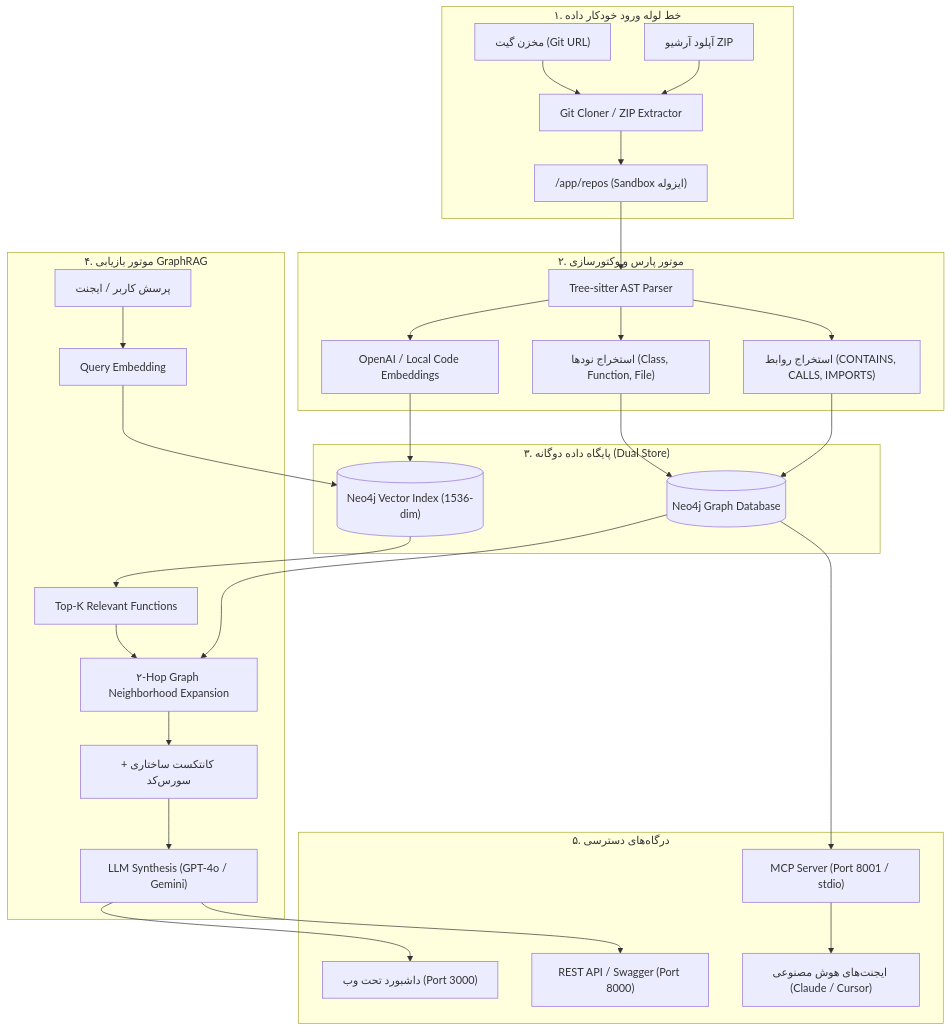
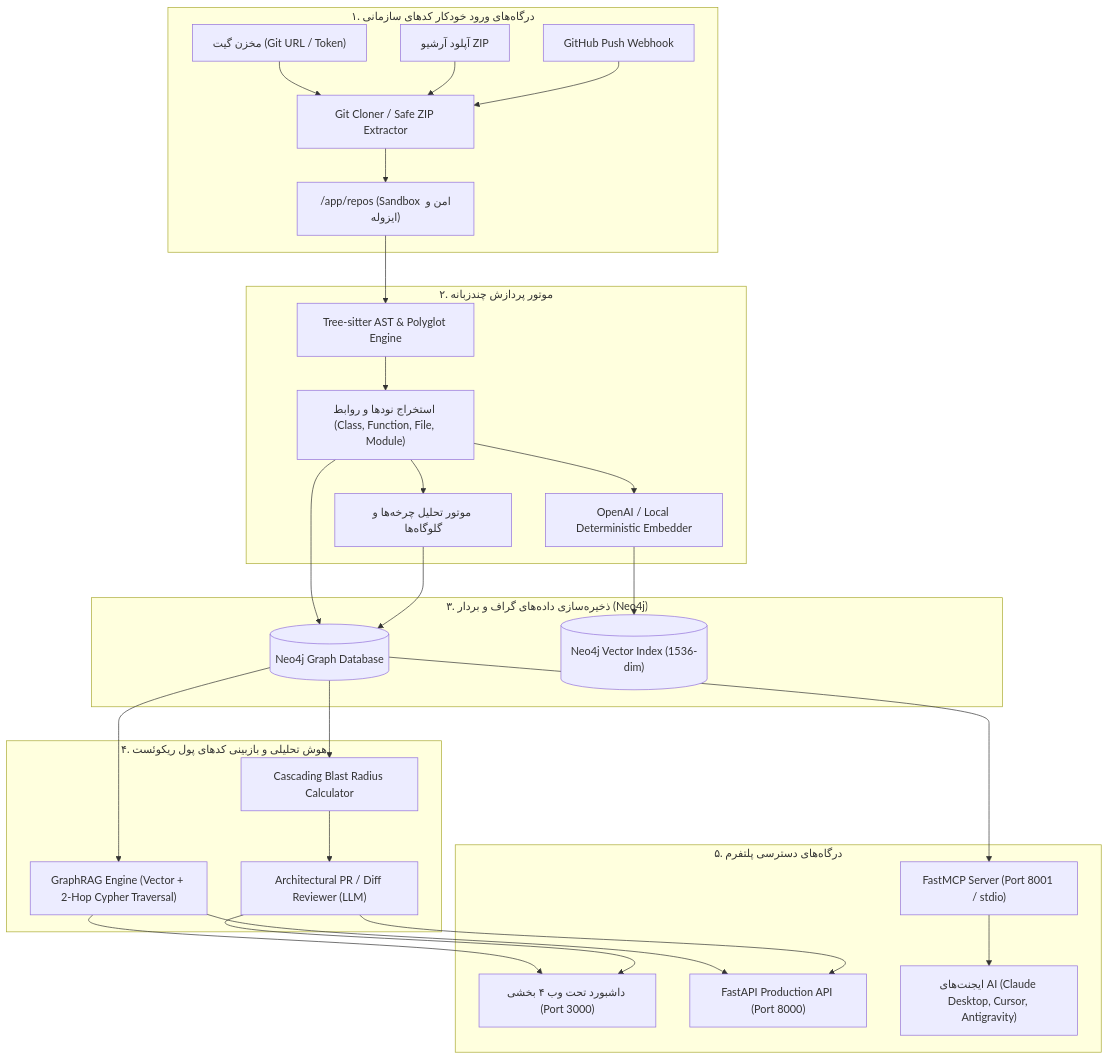
The diagram in README.md (moayedinia/Preflight), drawn with Mermaid before and after one commit. The commit also changed other lines of this file and 7 other files, not shown here.

````diff
--- a/README.md
+++ b/README.md
@@ -60,38 +83,37 @@
 ```mermaid
 flowchart TD
-    subgraph Ingestion ["۱. خط لوله ورود خودکار داده"]
-        GitRepo["مخزن گیت (Git URL)"] --> Cloner["Git Cloner / ZIP Extractor"]
+    subgraph Ingestion ["۱. درگاه‌های ورود خودکار کدهای سازمانی"]
+        GitRepo["مخزن گیت (Git URL / Token)"] --> Cloner["Git Cloner / Safe ZIP Extractor"]
         ZipUpload["آپلود آرشیو ZIP"] --> Cloner
-        Cloner --> Sandbox["/app/repos (Sandbox ایزوله)"]
+        GitHubWebhook["GitHub Push Webhook"] --> Cloner
+        Cloner --> Sandbox["/app/repos (Sandbox امن و ایزوله)"]
     end
 
-    subgraph Processing ["۲. موتور پارس و وکتورسازی"]
-        Sandbox --> Parser["Tree-sitter AST Parser"]
-        Parser --> Entities["استخراج نودها (Class, Function, File)"]
-        Parser --> Relations["استخراج روابط (CONTAINS, CALLS, IMPORTS)"]
-        Parser --> Embedder["OpenAI / Local Code Embeddings"]
+    subgraph Processing ["۲. موتور پردازش چندزبانه"]
+        Sandbox --> Parser["Tree-sitter AST & Polyglot Engine"]
+        Parser --> AST["استخراج نودها و روابط (Class, Function, File, Module)"]
+        AST --> Embedder["OpenAI / Local Deterministic Embedder"]
+        AST --> Analytics["موتور تحلیل چرخه‌ها و گلوگاه‌ها"]
     end
 
-    subgraph Storage ["۳. پایگاه داده دوگانه (Dual Store)"]
-        Entities --> Neo4j[("Neo4j Graph Database")]
-        Relations --> Neo4j
+    subgraph Storage ["۳. ذخیره‌سازی داده‌های گراف و بردار (Neo4j)"]
+        AST --> Neo4j[("Neo4j Graph Database")]
         Embedder --> VectorIndex[("Neo4j Vector Index (1536-dim)")]
+        Analytics --> Neo4j
     end
 
-    subgraph Retrieval ["۴. موتور بازیابی GraphRAG"]
-        UserQuery["پرسش کاربر / ایجنت"] --> QueryEmbed["Query Embedding"]
-        QueryEmbed --> VectorIndex
-        VectorIndex --> TopHits["Top-K Relevant Functions"]
-        TopHits --> GraphExpand["۲-Hop Graph Neighborhood Expansion"]
-        Neo4j --> GraphExpand
-        GraphExpand --> ContextEnriched["کانتکست ساختاری + سورس‌کد"]
-        ContextEnriched --> LLM["LLM Synthesis (GPT-4o / Gemini)"]
+    subgraph Intelligence ["۴. هوش تحلیلی و بازبینی کدهای پول ریکوئست"]
+        Neo4j --> GraphRAG["GraphRAG Engine (Vector + 2-Hop Cypher Traversal)"]
+        Neo4j --> BlastRadius["Cascading Blast Radius Calculator"]
+        BlastRadius --> Reviewer["Architectural PR / Diff Reviewer (LLM)"]
     end
 
-    subgraph Interfaces ["۵. درگاه‌های دسترسی"]
-        LLM --> WebUI["داشبورد تحت وب (Port 3000)"]
-        LLM --> RestAPI["REST API / Swagger (Port 8000)"]
-        Neo4j --> MCPServer["MCP Server (Port 8001 / stdio)"]
-        MCPServer --> AIAgents["ایجنت‌های هوش مصنوعی (Claude / Cursor)"]
+    subgraph Interfaces ["۵. درگاه‌های دسترسی پلتفرم"]
+        GraphRAG --> WebUI["داشبورد تحت وب ۴ بخشی (Port 3000)"]
+        Reviewer --> WebUI
+        GraphRAG --> RestAPI["FastAPI Production API (Port 8000)"]
+        Reviewer --> RestAPI
+        Neo4j --> MCPServer["FastMCP Server (Port 8001 / stdio)"]
+        MCPServer --> AIAgents["ایجنت‌های AI (Claude Desktop, Cursor, Antigravity)"]
     end
 ```
````
